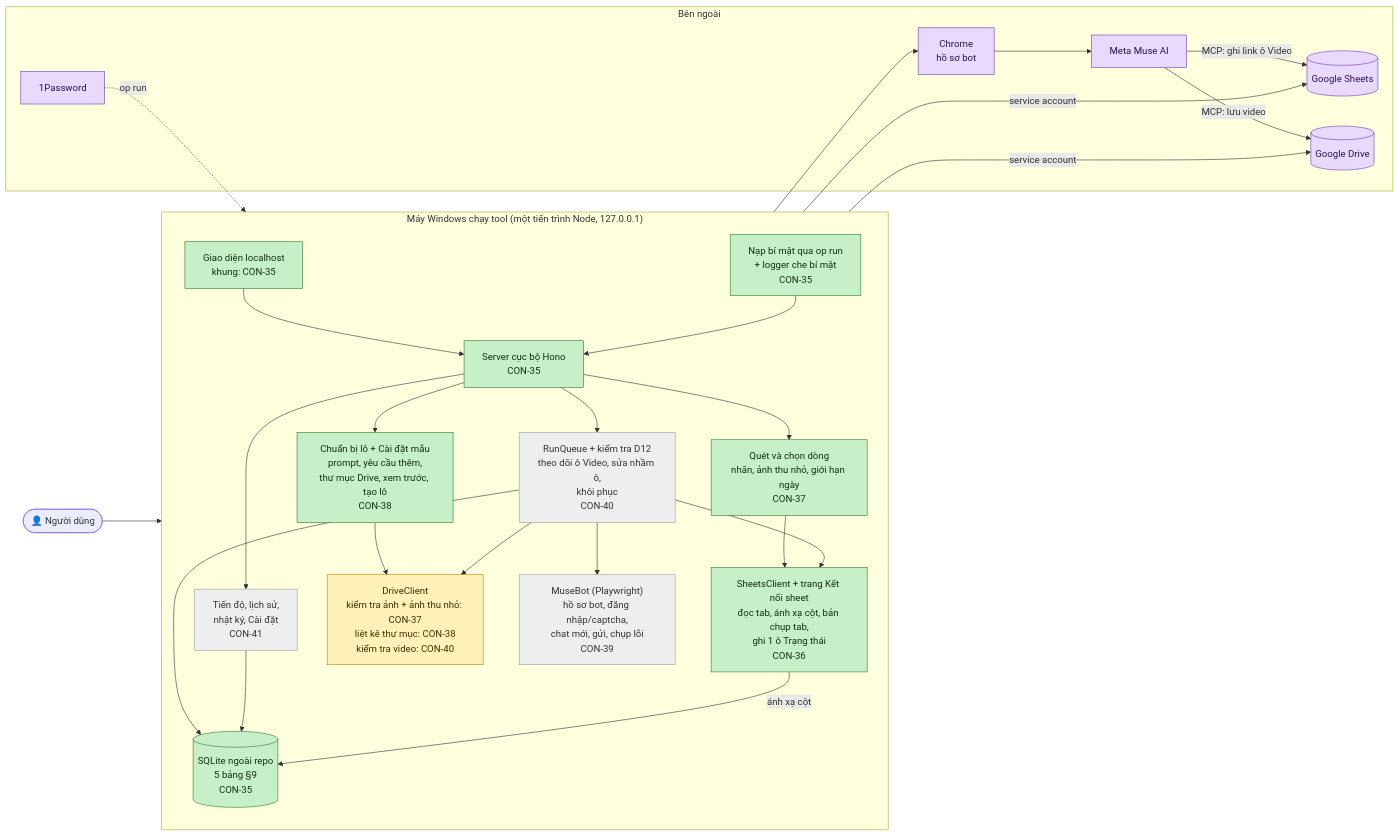
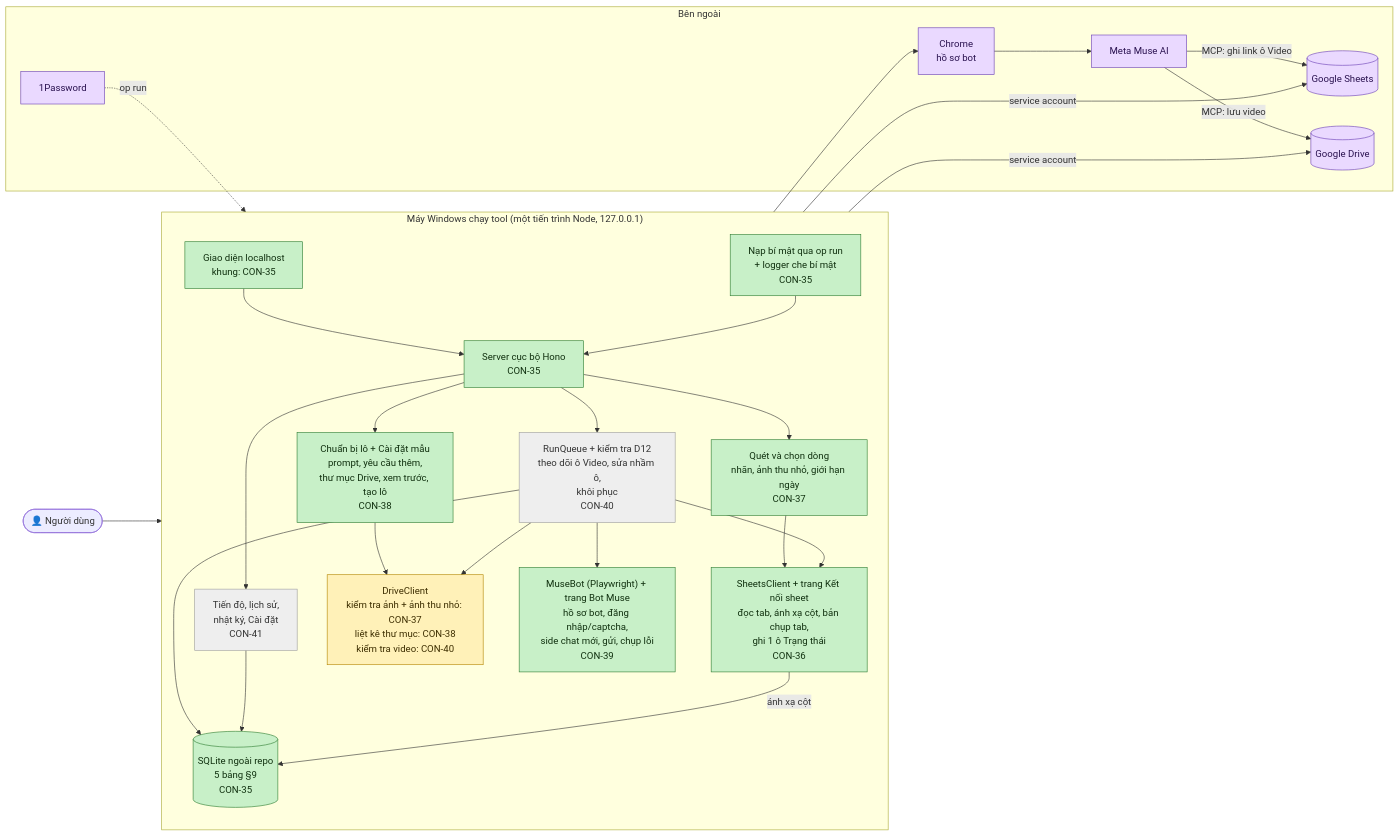
The diagram in TIEN-DO.md (Bach1711/MASYS-VIDEO-GENERATOR), drawn with Mermaid before and after one commit. The commit also changed other lines of this file and 13 other files, not shown here.

First line of the commit message:
CON-39: MuseBot — hồ sơ bot, đăng nhập/captcha, side chat mới, gửi, chụp lỗi (#6)

````diff
--- a/TIEN-DO.md
+++ b/TIEN-DO.md
@@ -17,55 +17,56 @@
 ```mermaid
 flowchart LR
     user(["👤 Người dùng"])
 
     subgraph PC["Máy Windows chạy tool (một tiến trình Node, 127.0.0.1)"]
         direction TB
         ui["Giao diện localhost<br/>khung: CON-35"]
         server["Server cục bộ Hono<br/>CON-35"]
         secrets["Nạp bí mật qua op run<br/>+ logger che bí mật<br/>CON-35"]
         db[("SQLite ngoài repo<br/>5 bảng §9<br/>CON-35")]
 
         sheet["SheetsClient + trang Kết nối sheet<br/>đọc tab, ánh xạ cột, bản chụp tab,<br/>ghi 1 ô Trạng thái<br/>CON-36"]
         scan["Quét và chọn dòng<br/>nhãn, ảnh thu nhỏ, giới hạn ngày<br/>CON-37"]
         editor["Chuẩn bị lô + Cài đặt mẫu<br/>prompt, yêu cầu thêm,<br/>thư mục Drive, xem trước, tạo lô<br/>CON-38"]
-        bot["MuseBot (Playwright)<br/>hồ sơ bot, đăng nhập/captcha,<br/>chat mới, gửi, chụp lỗi<br/>CON-39"]
+        bot["MuseBot (Playwright) + trang Bot Muse<br/>hồ sơ bot, đăng nhập/captcha,<br/>side chat mới, gửi, chụp lỗi<br/>CON-39"]
         queue["RunQueue + kiểm tra D12<br/>theo dõi ô Video, sửa nhầm ô,<br/>khôi phục<br/>CON-40"]
         drive["DriveClient<br/>kiểm tra ảnh + ảnh thu nhỏ: CON-37<br/>liệt kê thư mục: CON-38<br/>kiểm tra video: CON-40"]
         progress["Tiến độ, lịch sử,<br/>nhật ký, Cài đặt<br/>CON-41"]
     end
 
     subgraph EXT["Bên ngoài"]
         gsheets[("Google Sheets")]
         gdrive[("Google Drive")]
         chrome["Chrome<br/>hồ sơ bot"]
         muse["Meta Muse AI"]
         op["1Password"]
     end
 
     user --> ui --> server
     server --> scan & editor & progress
     scan --> sheet
     editor --> drive
     server --> queue
     queue --> sheet & drive & bot
     queue --> db
     progress --> db
     sheet -- "ánh xạ cột" --> db
     sheet -- "service account" --> gsheets
     drive -- "service account" --> gdrive
     bot --> chrome --> muse
     muse -- "MCP: lưu video" --> gdrive
     muse -- "MCP: ghi link ô Video" --> gsheets
     op -. "op run" .-> secrets --> server
 
     classDef done fill:#c8f0c8,stroke:#2e7d32,color:#10300f
     classDef review fill:#cfe3ff,stroke:#1f5fbf,color:#0c2550
     classDef doing fill:#fff1b8,stroke:#b38600,color:#3d2e00
     classDef todo fill:#eeeeee,stroke:#9e9e9e,color:#333333
     classDef ext fill:#ead9ff,stroke:#6a3fb5,color:#2a1250
 
     class ui,server,secrets,db,sheet,scan,editor done
     class drive doing
-    class bot,queue,progress todo
+    class bot done
+    class queue,progress todo
     class gsheets,gdrive,chrome,muse,op ext
 ```
````
